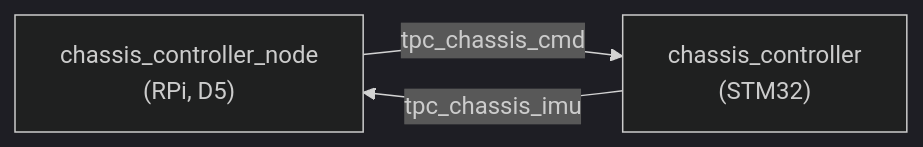
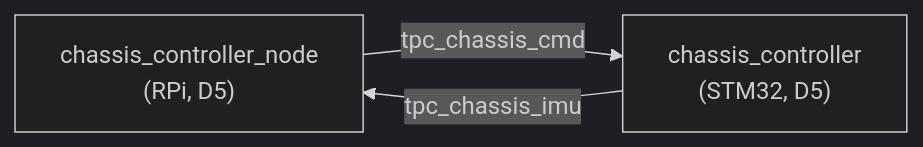
One commit to RoboticsGG/almondmatcha changed the second of 3 diagrams in docs/TOPICS.md. Above: the diagram before and after it, drawn with Mermaid (dark theme). The commit also changed other lines of this file and 5 other files, not shown here.

````diff
--- a/docs/TOPICS.md
+++ b/docs/TOPICS.md
@@ -438,5 +440,5 @@
 ```mermaid
 flowchart LR
-    CC["chassis_controller_node\n(RPi, D5)"] -->|tpc_chassis_cmd| STM32["chassis_controller\n(STM32)"]
+    CC["chassis_controller_node\n(RPi, D5)"] -->|tpc_chassis_cmd| STM32["chassis_controller\n(STM32, D5)"]
     STM32 -->|tpc_chassis_imu| CC
 ```
````
